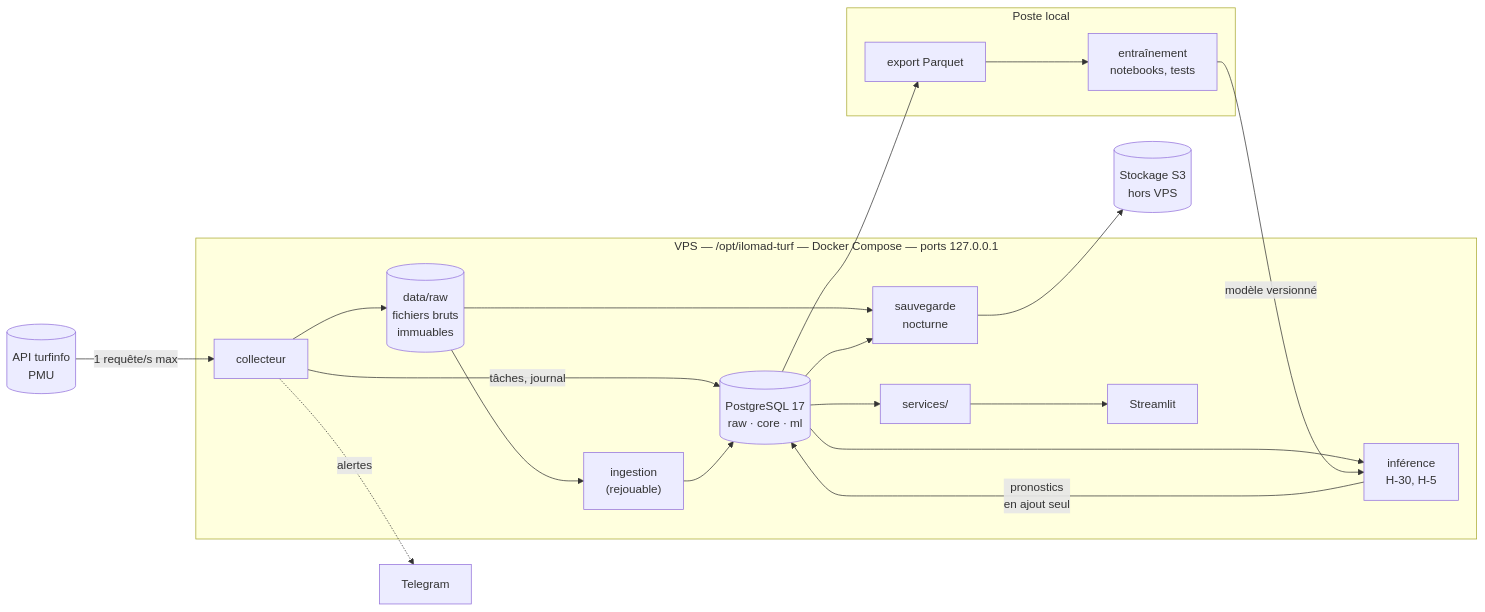
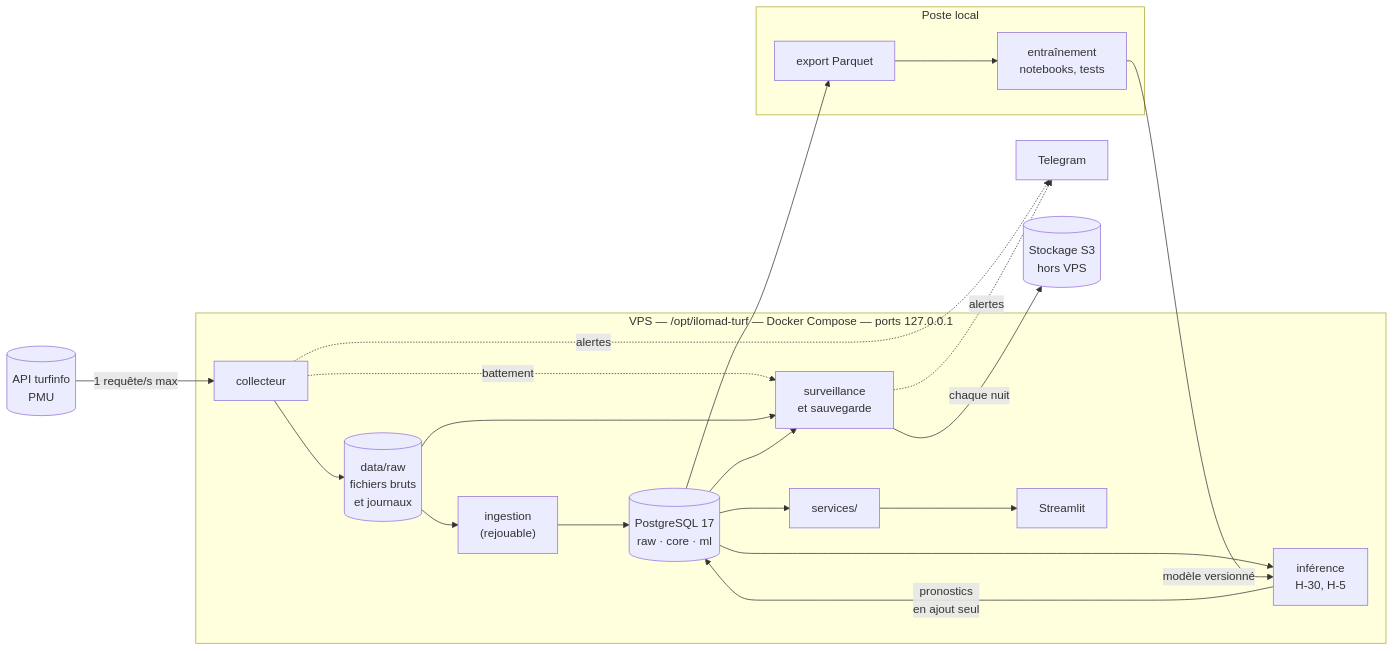
One commit to ilomad55-pixel/ilomad-turf changed the diagram in docs/ARCHITECTURE-TECHNIQUE.md. Above: the diagram before and after it, drawn with Mermaid. The commit also changed other lines of this file and 40 other files, not shown here.

````diff
--- a/docs/ARCHITECTURE-TECHNIQUE.md
+++ b/docs/ARCHITECTURE-TECHNIQUE.md
@@ -11,34 +13,35 @@
 ```mermaid
 flowchart LR
     PMU[("API turfinfo<br/>PMU")]
     TG["Telegram"]
     S3[("Stockage S3<br/>hors VPS")]
 
     subgraph VPS["VPS — /opt/ilomad-turf — Docker Compose — ports 127.0.0.1"]
         COL["collecteur"]
-        RAW[("data/raw<br/>fichiers bruts<br/>immuables")]
+        RAW[("data/raw<br/>fichiers bruts<br/>et journaux")]
+        SURV["surveillance<br/>et sauvegarde"]
         ING["ingestion<br/>(rejouable)"]
         PG[("PostgreSQL 17<br/>raw · core · ml")]
         INF["inférence<br/>H-30, H-5"]
         SVC["services/"]
         APP["Streamlit"]
-        SAV["sauvegarde<br/>nocturne"]
     end
 
     subgraph LOCAL["Poste local"]
         PQ["export Parquet"]
         TRAIN["entraînement<br/>notebooks, tests"]
     end
 
     PMU -->|"1 requête/s max"| COL
     COL --> RAW
-    COL -->|"tâches, journal"| PG
+    COL -.->|"battement"| SURV
+    RAW --> SURV -->|"chaque nuit"| S3
+    COL -.->|alertes| TG
+    SURV -.->|alertes| TG
     RAW --> ING --> PG
     PG --> INF -->|"pronostics<br/>en ajout seul"| PG
     PG --> SVC --> APP
-    RAW --> SAV
-    PG --> SAV --> S3
-    COL -.->|alertes| TG
+    PG --> SURV
     PG --> PQ --> TRAIN
     TRAIN -->|"modèle versionné"| INF
 ```
````
